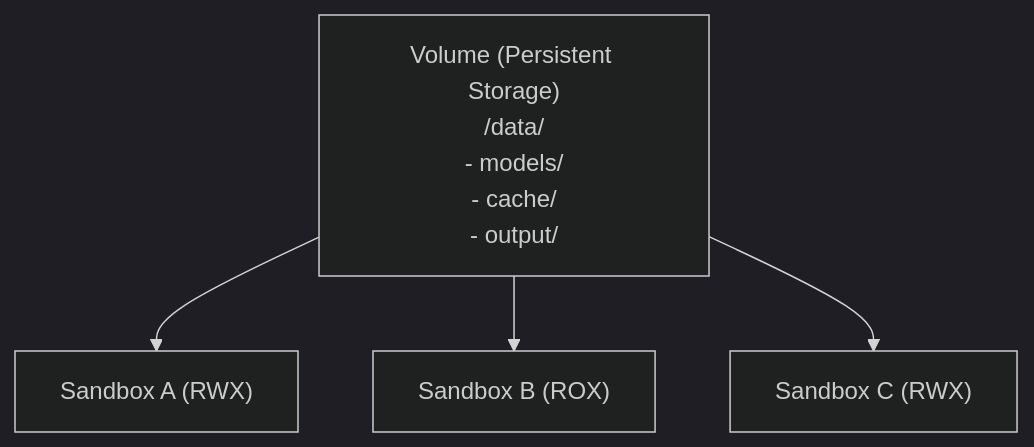
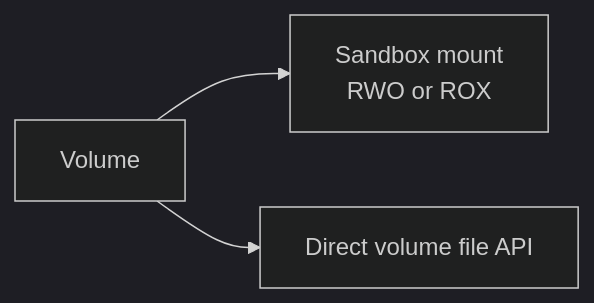
One commit to sandbox0-ai/sandbox0 changed the diagram in docs/volume/page.mdx. Above: the diagram before and after it, drawn with Mermaid (dark theme). The commit also changed other lines of this file and 1 other file, not shown here.

Commit message:
docs: align volume access modes with current mounts

````diff
--- a/docs/volume/page.mdx
+++ b/docs/volume/page.mdx
@@ -17,11 +17,9 @@
 ```mermaid
-flowchart TB
-    vol["Volume (Persistent Storage)<br/>/data/<br/>- models/<br/>- cache/<br/>- output/"]
-    sa["Sandbox A (RWX)"]
-    sb["Sandbox B (ROX)"]
-    sc["Sandbox C (RWX)"]
+flowchart LR
+    vol["Volume"]
+    sb["Sandbox mount<br/>RWO or ROX"]
+    api["Direct volume file API"]
 
-    vol --> sa
     vol --> sb
-    vol --> sc
+    vol --> api
 ```
````
